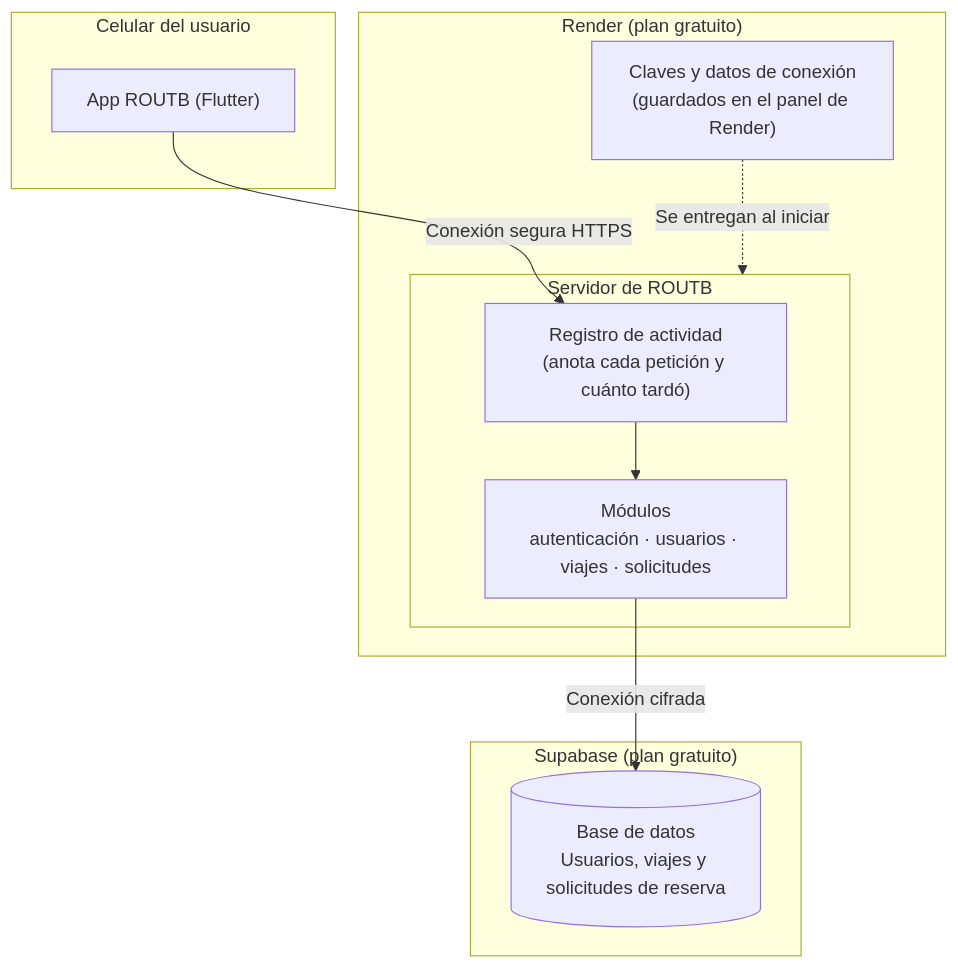
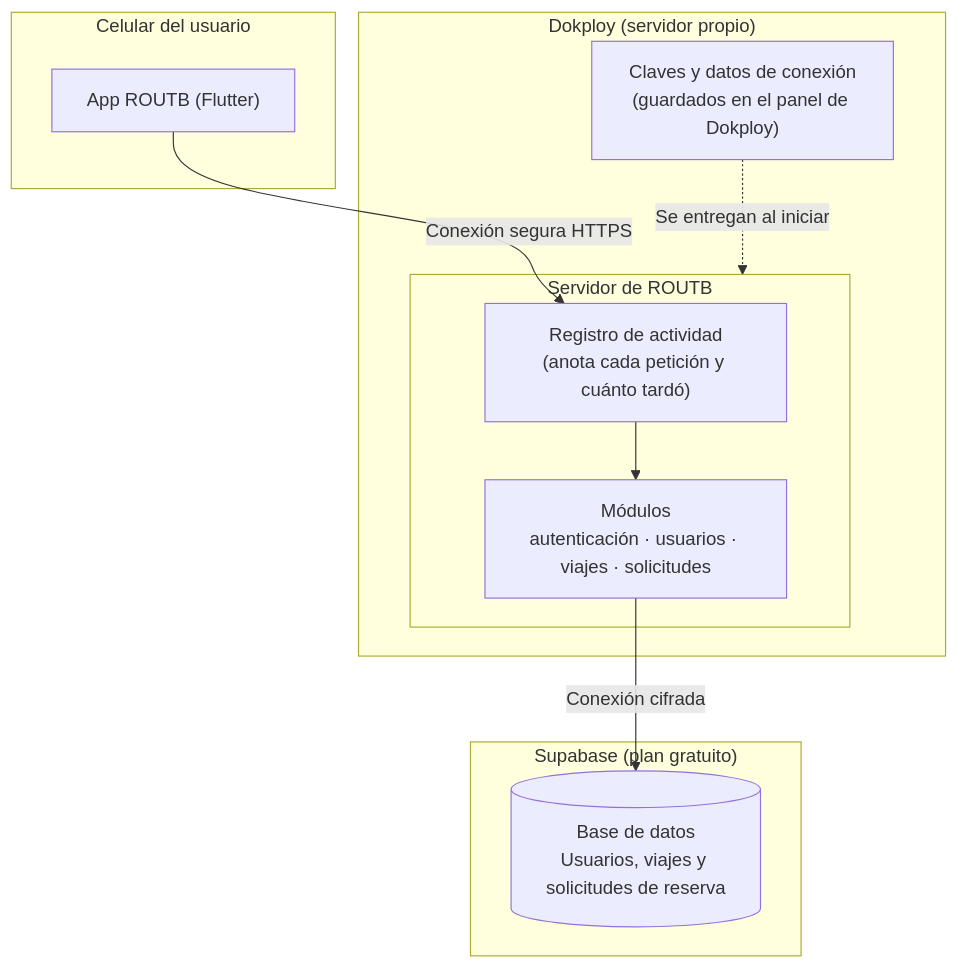
Before and after one commit to ISCOUTB/AS_202620_ROUTB: the second of 2 diagrams in docs/arc42/07_vista_de_despliegue.md, drawn with Mermaid. The commit also changed other lines of this file and 97 other files, not shown here.

````diff
--- a/docs/arc42/07_vista_de_despliegue.md
+++ b/docs/arc42/07_vista_de_despliegue.md
@@ -62,23 +62,23 @@
 ```mermaid
 flowchart TD
     subgraph USER_ENV["Celular del usuario"]
         CLIENT_APP["App ROUTB (Flutter)"]
     end
  
-    subgraph RENDER_NODE["Render (plan gratuito)"]
+    subgraph DOKPLOY_NODE["Dokploy (servidor propio)"]
         subgraph SERVER["Servidor de ROUTB"]
             REGISTRO["Registro de actividad<br/>(anota cada petición y cuánto tardó)"]
             MODULES["Módulos<br/>autenticación · usuarios · viajes · solicitudes"]
             REGISTRO --> MODULES
         end
-        CONFIG["Claves y datos de conexión<br/>(guardados en el panel de Render)"]
+        CONFIG["Claves y datos de conexión<br/>(guardados en el panel de Dokploy)"]
         CONFIG -.->|"Se entregan al iniciar"| SERVER
     end
  
     subgraph SUPABASE_NODE["Supabase (plan gratuito)"]
         DB_CORE[("Base de datos<br/>Usuarios, viajes y solicitudes de reserva")]
     end
  
     CLIENT_APP -->|"Conexión segura HTTPS"| REGISTRO
     MODULES -->|"Conexión cifrada"| DB_CORE
 ```
````
